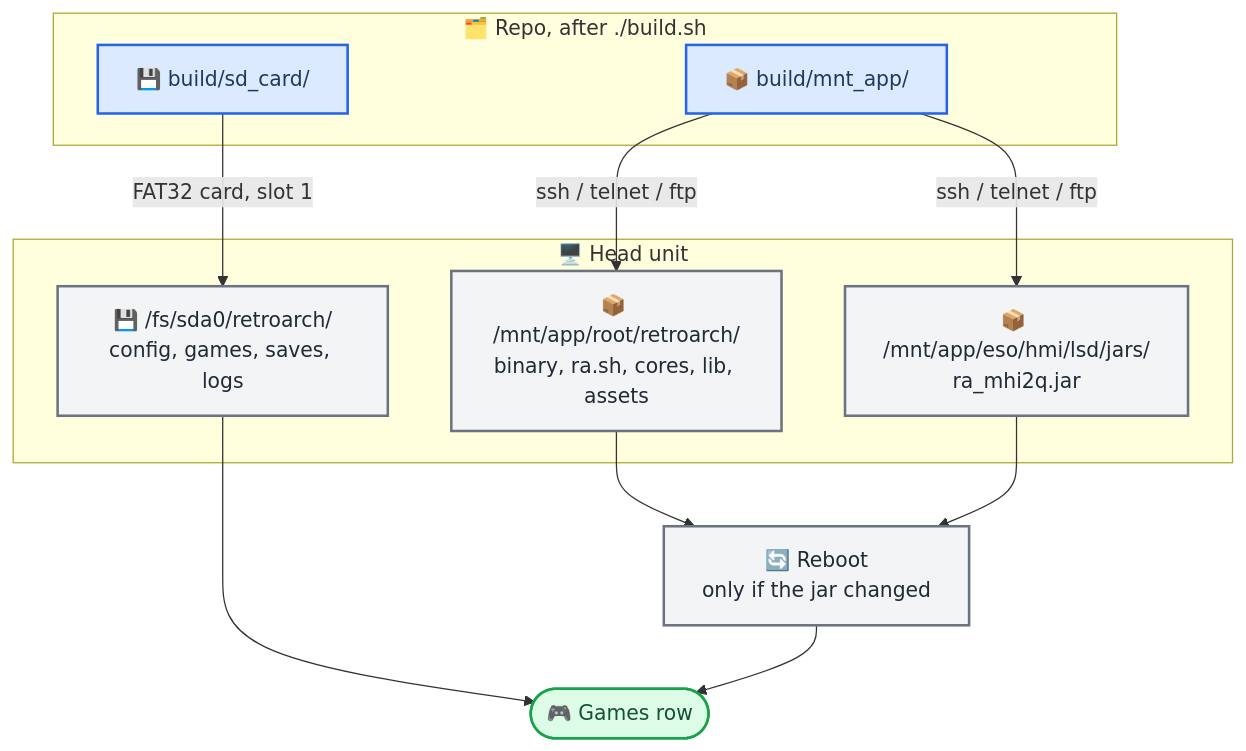
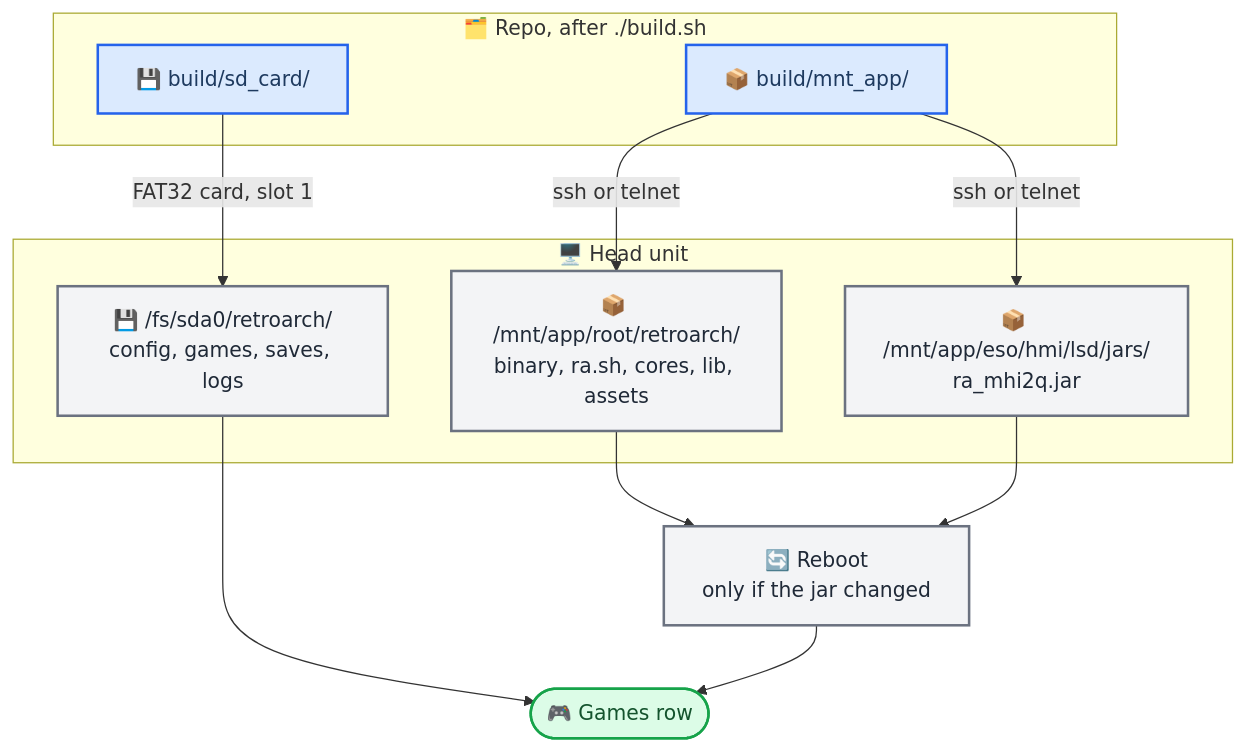
One commit to luka-dev/audi-mib2q-retroarch changed the diagram in docs/retroarch-qnx/deploy/install-procedure.md. Above: the diagram before and after it, drawn with Mermaid. The commit also changed other lines of this file and 1 other file, not shown here.

First line of the commit message:
Docs: SSH or telnet only, and the IP is per-unit

````diff
--- a/docs/retroarch-qnx/deploy/install-procedure.md
+++ b/docs/retroarch-qnx/deploy/install-procedure.md
@@ -45,35 +47,35 @@
 ```mermaid
 flowchart TB
     accTitle: Source Tree To On-Unit Paths
-    accDescr: build.sh stages one tree that mirrors the app image and one that mirrors the SD card; the first is copied to /mnt/app over ssh and the second to a FAT32 card, and only a jar change needs a reboot.
+    accDescr: build.sh stages one tree that mirrors the app image and one that mirrors the SD card; the first is copied to /mnt/app over ssh or telnet and the second to a FAT32 card, and only a jar change needs a reboot.
 
     subgraph repo ["🗂️ Repo, after ./build.sh"]
         app_tree["📦 build/mnt_app/"]
         sd_tree["💾 build/sd_card/"]
     end
 
     subgraph unit ["🖥️ Head unit"]
         ra_dir["📦 /mnt/app/root/retroarch/<br/>binary, ra.sh, cores, lib, assets"]
         jar["📦 /mnt/app/eso/hmi/lsd/jars/<br/>ra_mhi2q.jar"]
         card["💾 /fs/sda0/retroarch/<br/>config, games, saves, logs"]
     end
 
     reboot["🔄 Reboot<br/>only if the jar changed"]
     play(["🎮 Games row"])
 
-    app_tree -->|"ssh / telnet / ftp"| ra_dir
-    app_tree -->|"ssh / telnet / ftp"| jar
+    app_tree -->|"ssh or telnet"| ra_dir
+    app_tree -->|"ssh or telnet"| jar
     sd_tree -->|"FAT32 card, slot 1"| card
     ra_dir --> reboot
     jar --> reboot
     card --> play
     reboot --> play
 
     classDef primary fill:#dbeafe,stroke:#2563eb,stroke-width:2px,color:#1e3a5f
     classDef neutral fill:#f3f4f6,stroke:#6b7280,stroke-width:2px,color:#1f2937
     classDef success fill:#dcfce7,stroke:#16a34a,stroke-width:2px,color:#14532d
 
     class app_tree,sd_tree primary
     class ra_dir,jar,card,reboot neutral
     class play success
 ```
````
